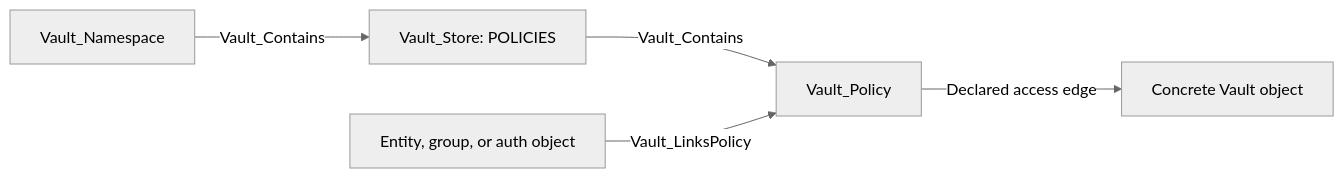
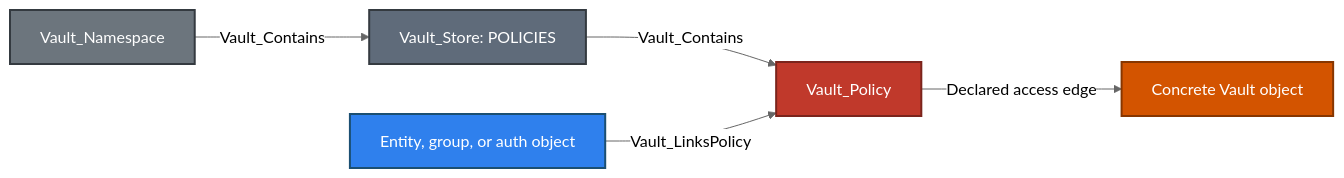
Before and after one commit to bytewreck/opengraph-vault: the first of 6 diagrams in Documentation/stores/POLICIES.md, drawn with Mermaid (neutral theme). The commit also changed other lines of this file and 4 other files, not shown here.

````diff
--- a/Documentation/stores/POLICIES.md
+++ b/Documentation/stores/POLICIES.md
@@ -5,7 +5,13 @@
 ```mermaid
 flowchart LR
-    namespace[Vault_Namespace] -->|Vault_Contains| store[Vault_Store: POLICIES]
-    store -->|Vault_Contains| policy[Vault_Policy]
-    identity[Entity, group, or auth object] -->|Vault_LinksPolicy| policy
-    policy -->|Declared access edge| target[Concrete Vault object]
+    namespace[Vault_Namespace]:::namespaceNode -->|Vault_Contains| store[Vault_Store: POLICIES]:::storeNode
+    store -->|Vault_Contains| policy[Vault_Policy]:::policyNode
+    identity[Entity, group, or auth object]:::identityNode -->|Vault_LinksPolicy| policy
+    policy -->|Declared access edge| target[Concrete Vault object]:::objectNode
+
+    classDef namespaceNode fill:#6C757D,color:#fff,stroke:#343A40,stroke-width:2px
+    classDef storeNode fill:#5F6B7A,color:#fff,stroke:#343A40,stroke-width:2px
+    classDef policyNode fill:#C0392B,color:#fff,stroke:#7B241C,stroke-width:2px
+    classDef identityNode fill:#2F80ED,color:#fff,stroke:#1B4F72,stroke-width:2px
+    classDef objectNode fill:#D35400,color:#fff,stroke:#873600,stroke-width:2px
 ```
````
